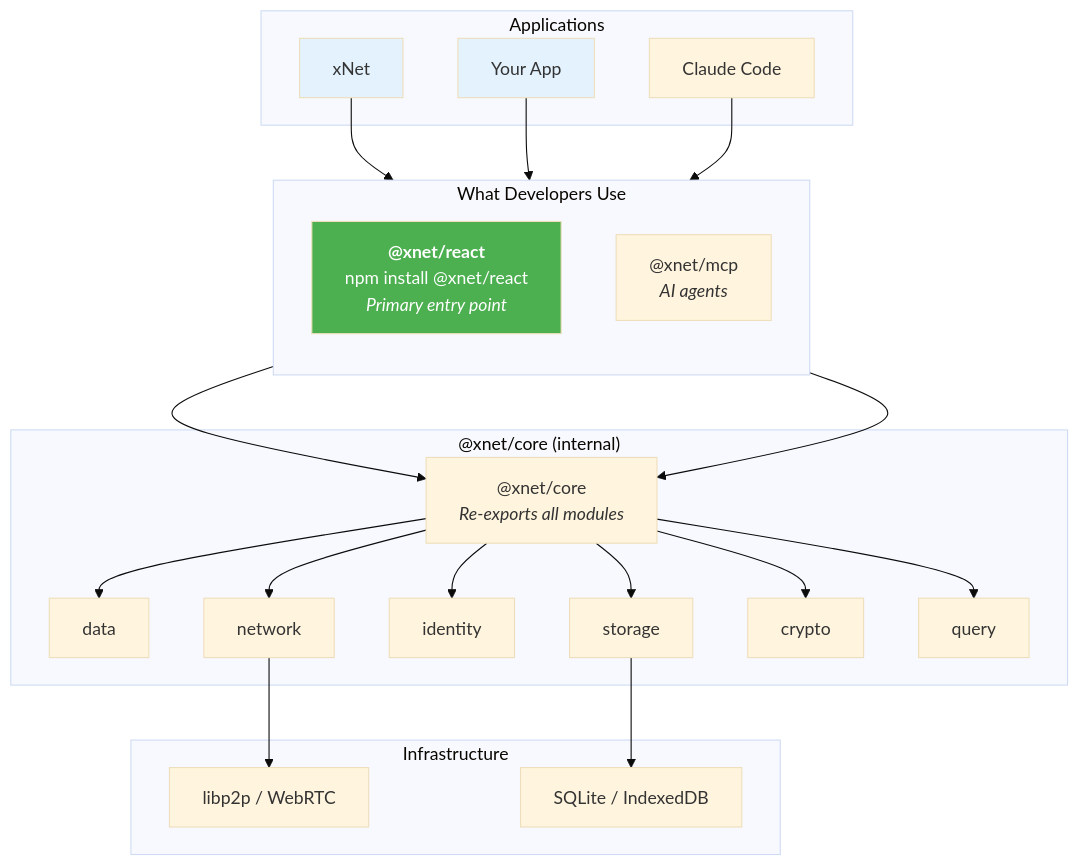
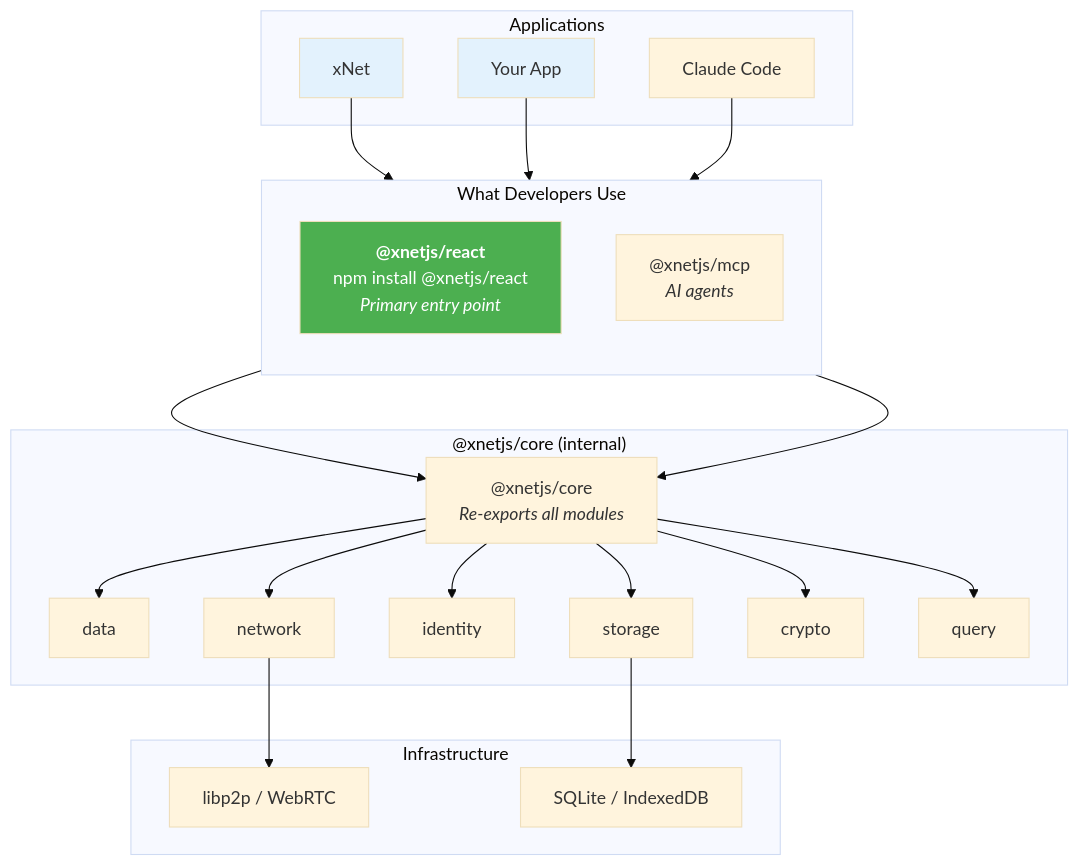
The first of 7 diagrams in docs/plans/plan00Setup/01-xnet-core-platform.md (crs48/xNet), drawn with Mermaid (base theme) before and after one commit. The commit also changed other lines of this file and 980 other files, not shown here.

````diff
--- a/docs/plans/plan00Setup/01-xnet-core-platform.md
+++ b/docs/plans/plan00Setup/01-xnet-core-platform.md
@@ -17,47 +17,47 @@
 ```mermaid
 graph TB
     subgraph "What Developers Use"
         direction TB
-        R1["<b>@xnet/react</b><br/>npm install @xnet/react<br/><i>Primary entry point</i>"]
-        M1["@xnet/mcp<br/><i>AI agents</i>"]
+        R1["<b>@xnetjs/react</b><br/>npm install @xnetjs/react<br/><i>Primary entry point</i>"]
+        M1["@xnetjs/mcp<br/><i>AI agents</i>"]
     end
 
     subgraph "Applications"
         A1[xNet]
         A2[Your App]
         AI1[Claude Code]
     end
 
-    subgraph "@xnet/core (internal)"
-        C0["@xnet/core<br/><i>Re-exports all modules</i>"]
+    subgraph "@xnetjs/core (internal)"
+        C0["@xnetjs/core<br/><i>Re-exports all modules</i>"]
         C1["data"]
         C2["network"]
         C3["identity"]
         C4["storage"]
         C5["crypto"]
         C6["query"]
     end
 
     subgraph "Infrastructure"
         T1[libp2p / WebRTC]
         B1[SQLite / IndexedDB]
     end
 
     A1 --> R1
     A2 --> R1
     AI1 --> M1
     R1 --> C0
     M1 --> C0
     C0 --> C1
     C0 --> C2
     C0 --> C3
     C0 --> C4
     C0 --> C5
     C0 --> C6
     C2 --> T1
     C4 --> B1
 
     style R1 fill:#4CAF50,color:#fff
     style A1 fill:#e3f2fd
     style A2 fill:#e3f2fd
 ```
````
